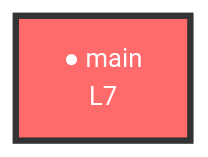
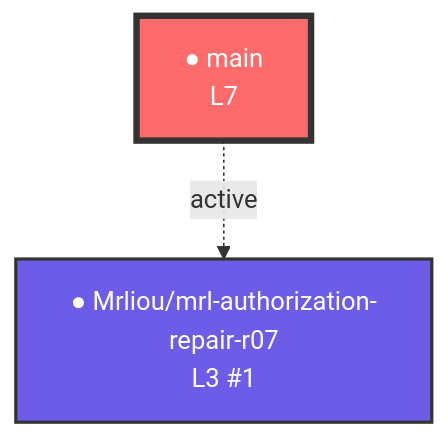
Before and after one commit to dofaromg/mrlioudb: the diagram in neural-links/synaptic-graph.mermaid, drawn with Mermaid. The commit also changed 1 other file, not shown here.

Commit message:
🧠 Auto-sync neural network map [skip ci]

````diff
--- a/neural-links/synaptic-graph.mermaid
+++ b/neural-links/synaptic-graph.mermaid
@@ -1,16 +1,18 @@
 ```mermaid
 graph TD
   %% 神經網絡分支圖譜 - origin_signature: MrLiouWord
 
   %% 節點定義
   main["● main<br/>L7"]:::trunk
+  Mrliou_mrl_authorization_repair_r07["● Mrliou/mrl-authorization-repair-r07<br/>L3 #1"]:::experimental
 
   %% 連結定義
+  main -.->|active| Mrliou_mrl_authorization_repair_r07
 
   %% 樣式定義
   classDef trunk fill:#ff6b6b,stroke:#333,stroke-width:4px,color:#fff
   classDef cognitive fill:#4ecdc4,stroke:#333,stroke-width:3px,color:#000
   classDef feature fill:#95e1d3,stroke:#333,stroke-width:2px,color:#000
   classDef hotfix fill:#f9ca24,stroke:#333,stroke-width:2px,color:#000
   classDef experimental fill:#6c5ce7,stroke:#333,stroke-width:2px,color:#fff
 ```
````
